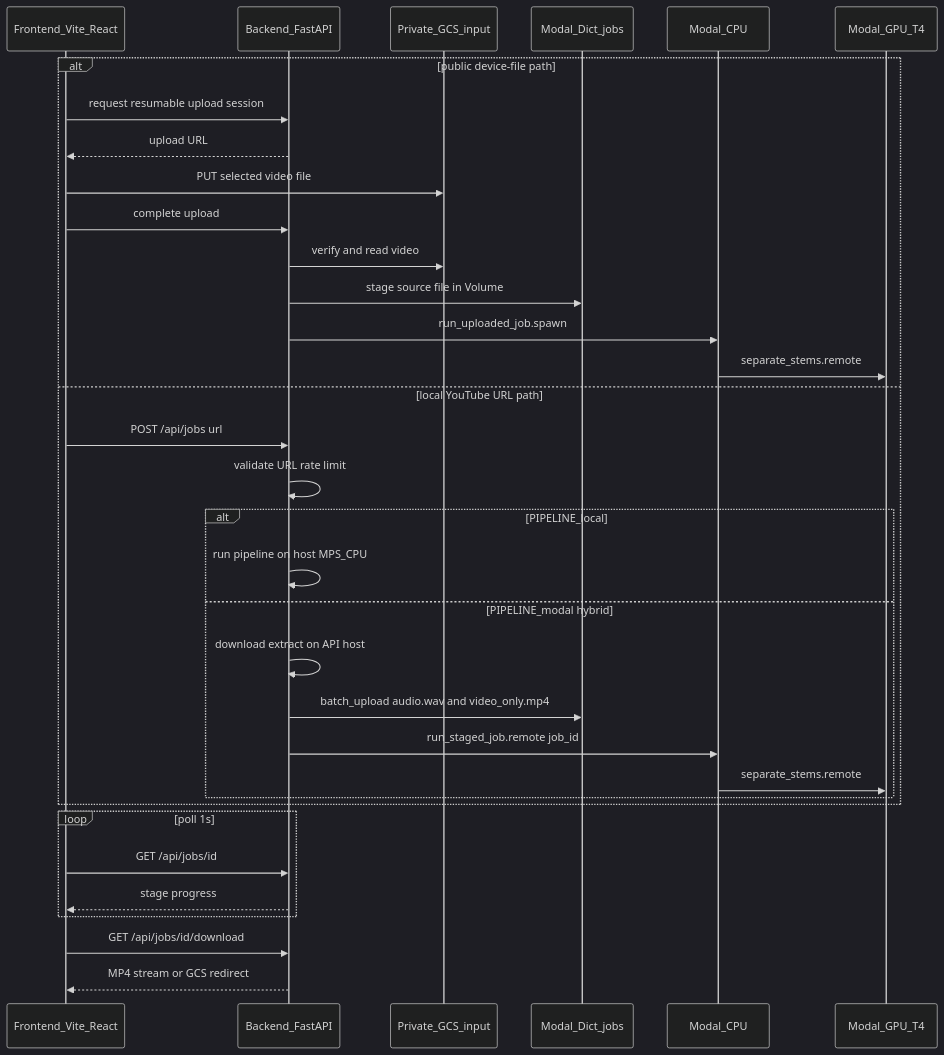
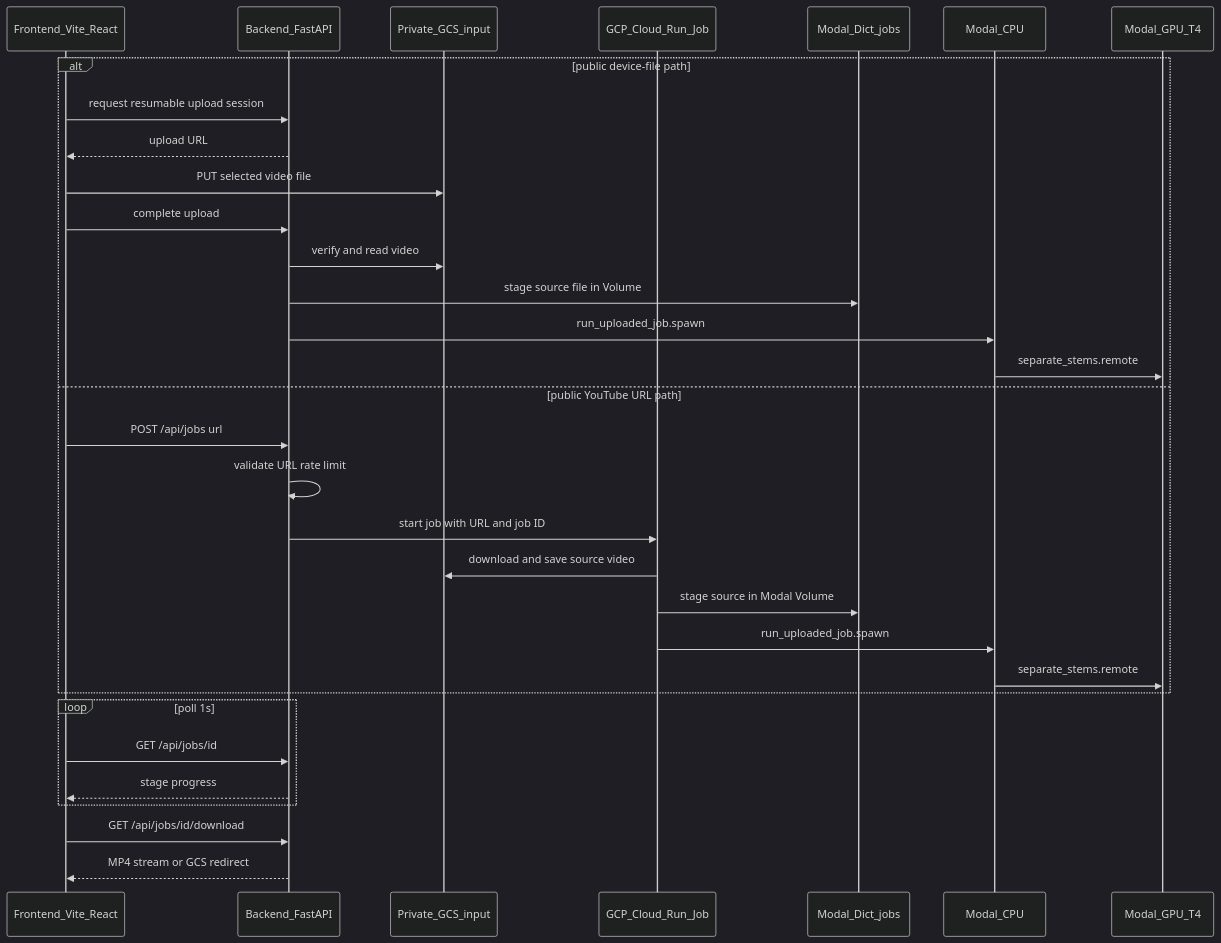
The diagram in webapp-karaoke/docs/HANDOFF.md (kittipatkampa/stemdeck), drawn with Mermaid (dark theme) before and after one commit. The commit also changed other lines of this file and 17 other files, not shown here.

Commit message:
Add GCP YouTube download path to karaoke app

````diff
--- a/webapp-karaoke/docs/HANDOFF.md
+++ b/webapp-karaoke/docs/HANDOFF.md
@@ -25,36 +25,34 @@
 ```mermaid
 sequenceDiagram
     participant FE as Frontend_Vite_React
     participant BE as Backend_FastAPI
     participant GCS as Private_GCS_input
+    participant DL as GCP_Cloud_Run_Job
     participant MD as Modal_Dict_jobs
     participant CPU as Modal_CPU
     participant GPU as Modal_GPU_T4
     alt public device-file path
         FE->>BE: request resumable upload session
         BE-->>FE: upload URL
         FE->>GCS: PUT selected video file
         FE->>BE: complete upload
         BE->>GCS: verify and read video
         BE->>MD: stage source file in Volume
         BE->>CPU: run_uploaded_job.spawn
         CPU->>GPU: separate_stems.remote
-    else local YouTube URL path
+    else public YouTube URL path
         FE->>BE: POST /api/jobs url
         BE->>BE: validate URL rate limit
-        alt PIPELINE_local
-            BE->>BE: run pipeline on host MPS_CPU
-        else PIPELINE_modal hybrid
-            BE->>BE: download extract on API host
-            BE->>MD: batch_upload audio.wav and video_only.mp4
-            BE->>CPU: run_staged_job.remote job_id
-            CPU->>GPU: separate_stems.remote
-        end
+        BE->>DL: start job with URL and job ID
+        DL->>GCS: download and save source video
+        DL->>MD: stage source in Modal Volume
+        DL->>CPU: run_uploaded_job.spawn
+        CPU->>GPU: separate_stems.remote
     end
     loop poll 1s
         FE->>BE: GET /api/jobs/id
         BE-->>FE: stage progress
     end
     FE->>BE: GET /api/jobs/id/download
     BE-->>FE: MP4 stream or GCS redirect
 ```
````
